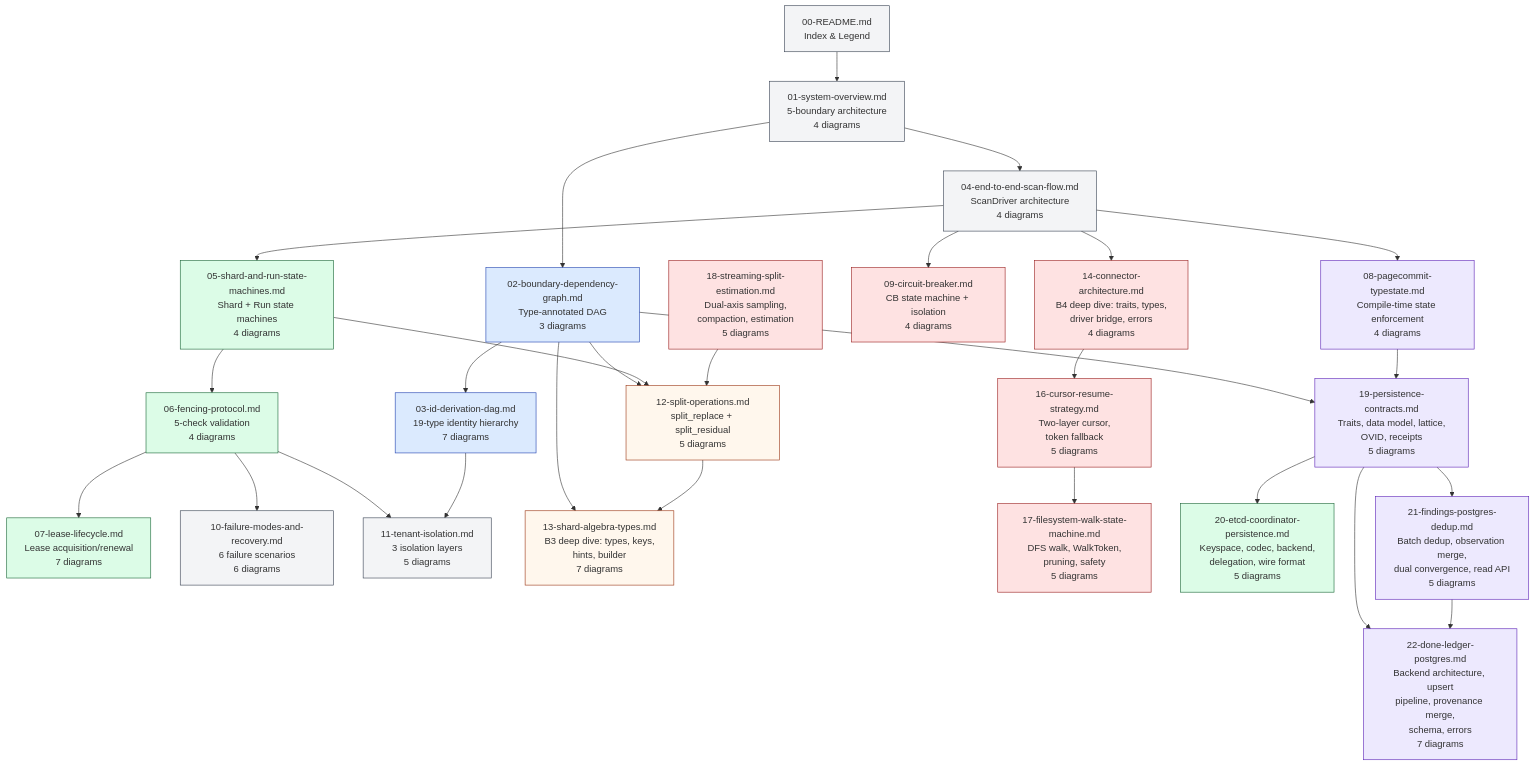
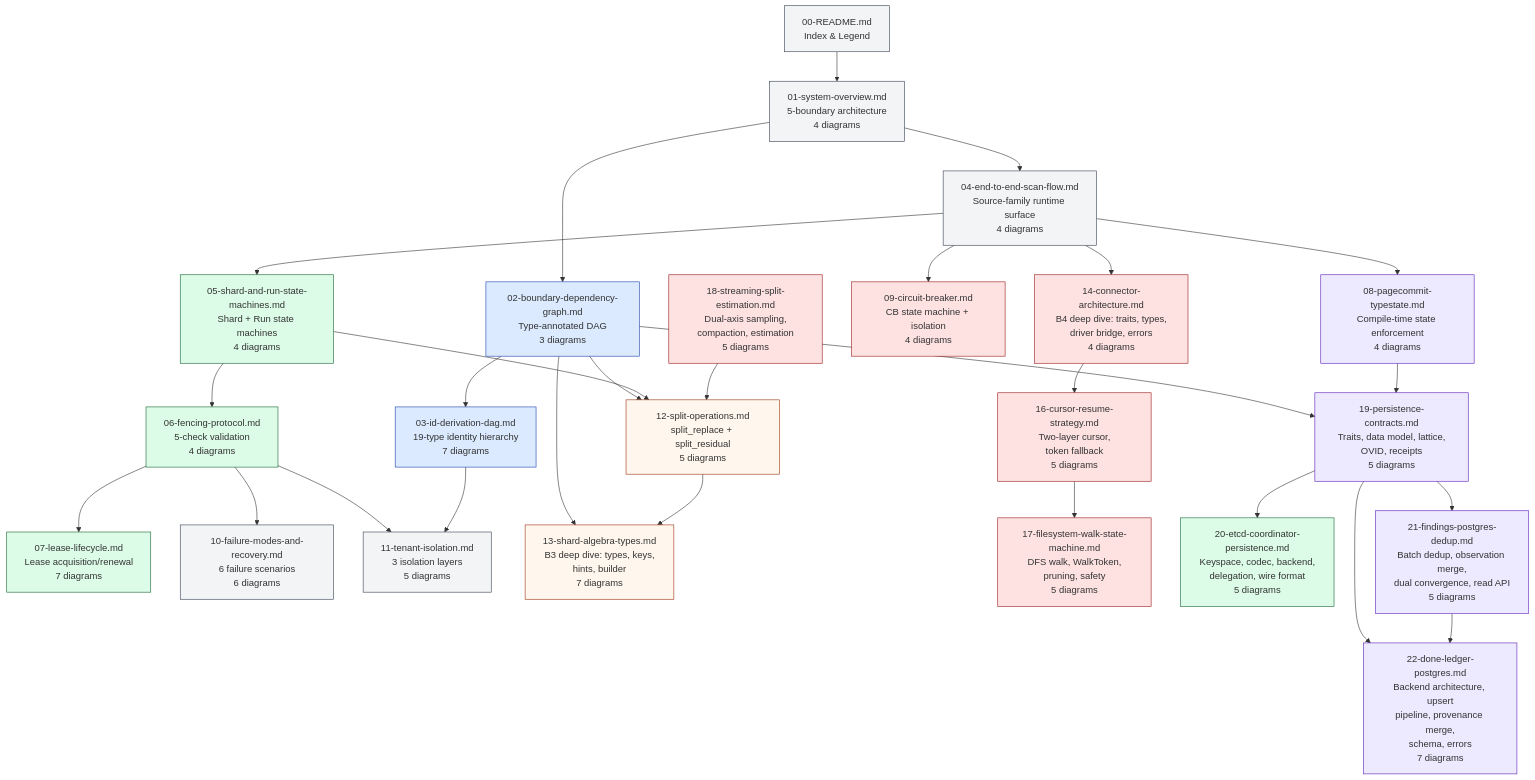
Before and after one commit to ahrav/Gossip-rs: the diagram in diagrams/00-README.md, drawn with Mermaid. The commit also changed other lines of this file and 14 other files, not shown here.

First line of the commit message:
Refactor: Rename scan-driver to scanner-runtime

````diff
--- a/diagrams/00-README.md
+++ b/diagrams/00-README.md
@@ -32,79 +32,79 @@
 ```mermaid
 %% Diagram: file-relationship-map
 graph TD
     R[00-README.md<br/>Index & Legend]
 
     SO[01-system-overview.md<br/>5-boundary architecture<br/>4 diagrams]
     BD[02-boundary-dependency-graph.md<br/>Type-annotated DAG<br/>3 diagrams]
     ID[03-id-derivation-dag.md<br/>19-type identity hierarchy<br/>7 diagrams]
-    E2E[04-end-to-end-scan-flow.md<br/>ScanDriver architecture<br/>4 diagrams]
+    E2E[04-end-to-end-scan-flow.md<br/>Source-family runtime surface<br/>4 diagrams]
 
     SM[05-shard-and-run-state-machines.md<br/>Shard + Run state machines<br/>4 diagrams]
     FP[06-fencing-protocol.md<br/>5-check validation<br/>4 diagrams]
     LL[07-lease-lifecycle.md<br/>Lease acquisition/renewal<br/>7 diagrams]
     PC[08-pagecommit-typestate.md<br/>Compile-time state enforcement<br/>4 diagrams]
     CB[09-circuit-breaker.md<br/>CB state machine + isolation<br/>4 diagrams]
 
     FM[10-failure-modes-and-recovery.md<br/>6 failure scenarios<br/>6 diagrams]
     TI[11-tenant-isolation.md<br/>3 isolation layers<br/>5 diagrams]
     SP[12-split-operations.md<br/>split_replace + split_residual<br/>5 diagrams]
     SA[13-shard-algebra-types.md<br/>B3 deep dive: types, keys,<br/>hints, builder<br/>7 diagrams]
     CA[14-connector-architecture.md<br/>B4 deep dive: traits, types,<br/>driver bridge, errors<br/>4 diagrams]
     CR[16-cursor-resume-strategy.md<br/>Two-layer cursor,<br/>token fallback<br/>5 diagrams]
     FW[17-filesystem-walk-state-machine.md<br/>DFS walk, WalkToken,<br/>pruning, safety<br/>5 diagrams]
     SE[18-streaming-split-estimation.md<br/>Dual-axis sampling,<br/>compaction, estimation<br/>5 diagrams]
     PCC[19-persistence-contracts.md<br/>Traits, data model, lattice,<br/>OVID, receipts<br/>5 diagrams]
     ECP[20-etcd-coordinator-persistence.md<br/>Keyspace, codec, backend,<br/>delegation, wire format<br/>5 diagrams]
     FPD[21-findings-postgres-dedup.md<br/>Batch dedup, observation merge,<br/>dual convergence, read API<br/>5 diagrams]
     DLP[22-done-ledger-postgres.md<br/>Backend architecture, upsert<br/>pipeline, provenance merge,<br/>schema, errors<br/>7 diagrams]
 
     R --> SO
     SO --> BD
     SO --> E2E
     BD --> ID
     BD --> SP
     E2E --> SM
     SM --> FP
     FP --> LL
     E2E --> PC
     E2E --> CB
     SM --> SP
     FP --> FM
     FP --> TI
     ID --> TI
     BD --> SA
     SP --> SA
     E2E --> CA
     CA --> CR
     CR --> FW
     SE --> SP
     BD --> PCC
     PCC --> ECP
     PCC --> FPD
     PCC --> DLP
     FPD --> DLP
     PC --> PCC
 
     style R fill:#F3F4F6,stroke:#374151
     style SO fill:#F3F4F6,stroke:#374151
     style BD fill:#DBEAFE,stroke:#1E40AF
     style ID fill:#DBEAFE,stroke:#1E40AF
     style E2E fill:#F3F4F6,stroke:#374151
     style SM fill:#DCFCE7,stroke:#166534
     style FP fill:#DCFCE7,stroke:#166534
     style LL fill:#DCFCE7,stroke:#166534
     style PC fill:#EDE9FE,stroke:#5B21B6
     style CB fill:#FEE2E2,stroke:#991B1B
     style FM fill:#F3F4F6,stroke:#374151
     style TI fill:#F3F4F6,stroke:#374151
     style SP fill:#FFF7ED,stroke:#9A3412
     style SA fill:#FFF7ED,stroke:#9A3412
     style CA fill:#FEE2E2,stroke:#991B1B
     style CR fill:#FEE2E2,stroke:#991B1B
     style FW fill:#FEE2E2,stroke:#991B1B
     style SE fill:#FEE2E2,stroke:#991B1B
     style PCC fill:#EDE9FE,stroke:#5B21B6
     style ECP fill:#DCFCE7,stroke:#166534
     style FPD fill:#EDE9FE,stroke:#5B21B6
     style DLP fill:#EDE9FE,stroke:#5B21B6
 ```
````
